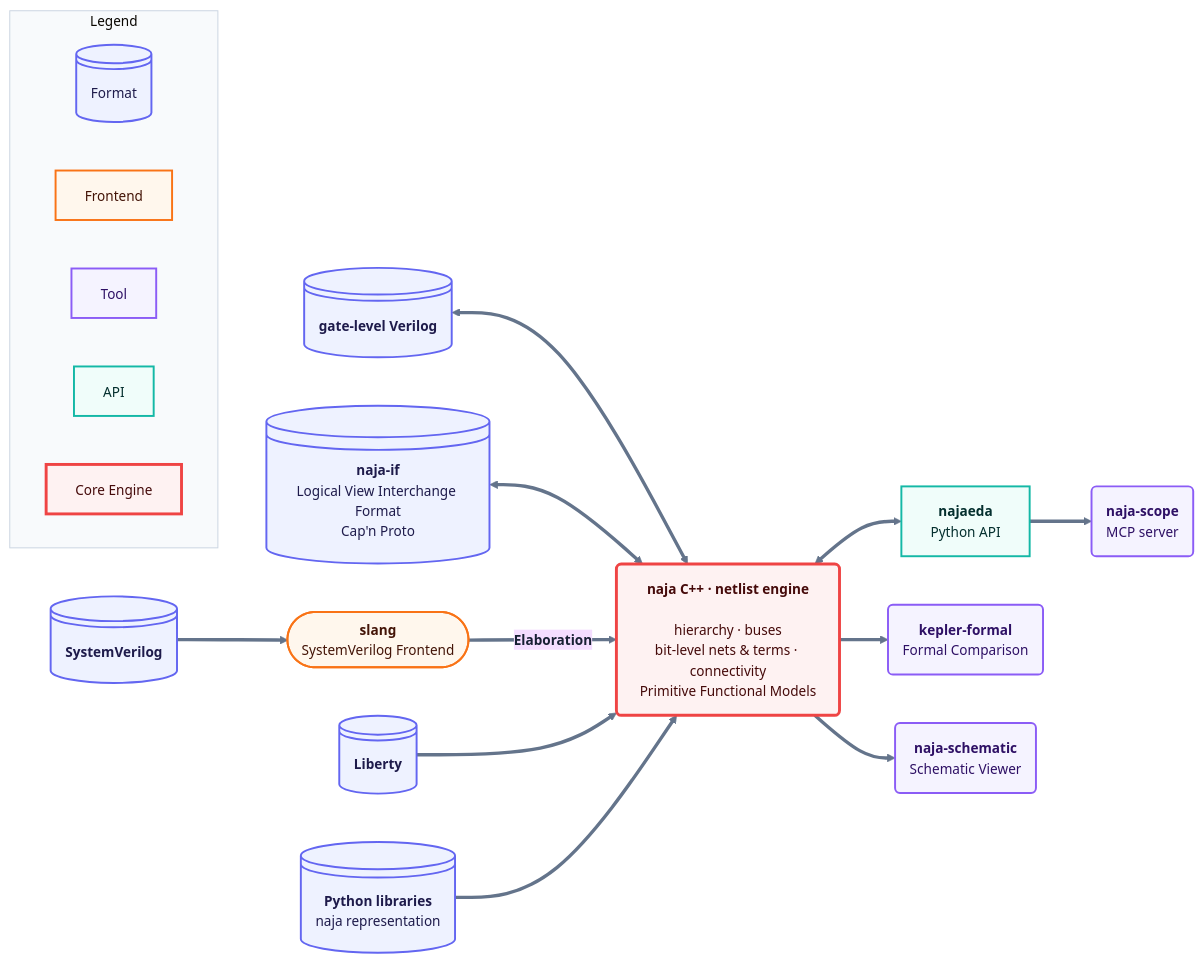
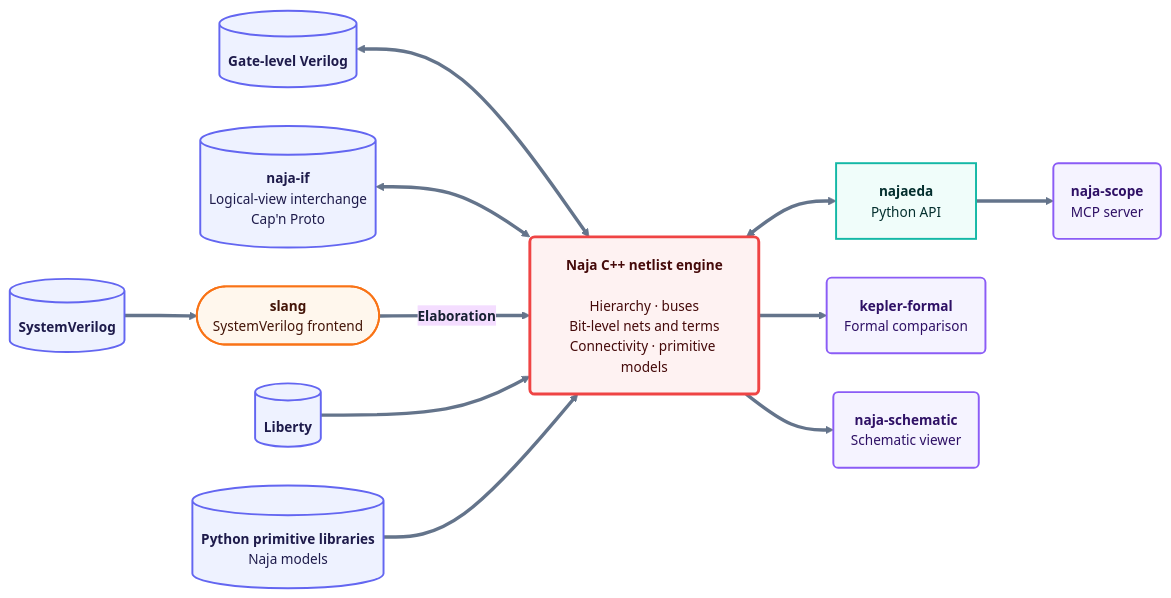
The diagram in README.md (najaeda/naja), drawn with Mermaid before and after one commit. The commit also changed other lines of this file, not shown here.

Commit message:
enhance diagram

````diff
--- a/README.md
+++ b/README.md
@@ -45,64 +49,53 @@
 ```mermaid
 ---
 config:
   layout: dagre
   theme: base
   themeVariables:
     fontFamily: ''
     fontSize: 14px
     primaryTextColor: '#172033'
     lineColor: '#64748b'
     clusterBkg: '#f8fafc'
     clusterBorder: '#cbd5e1'
+  flowchart:
+    htmlLabels: true
+    nodeSpacing: 40
+    rankSpacing: 70
+    padding: 18
 ---
 flowchart LR
-    sv["`**SystemVerilog**`"] ==> slang(["`**slang**<br>SystemVerilog Frontend`"])
-    verilog["`**gate-level Verilog**`"] <==> naja["`**naja C++ · netlist engine**<br><br>hierarchy · buses<br>bit-level nets &amp; terms · connectivity<br>Primitive Functional Models`"]
-    najaif@{ label: "**naja-if**<br>Logical View Interchange Format<br>Cap'n Proto" } <==> naja
-    slang =="`**Elaboration**`"==> naja
-    naja <==> najaeda["`**najaeda**<br>Python API`"]
-    naja ==> kf("`**kepler-formal**<br>Formal Comparison`") & ns("`**naja-schematic**<br>Schematic Viewer`")
-    najaeda ==> scope("`**naja-scope**<br>MCP server`")
-    lib["`**Liberty**`"] ==> naja
-    pythonlibs["`**Python libraries**<br>naja representation`"] ==> naja
+    sv[("<b>SystemVerilog</b>")] ==> slang(["<b>slang</b><br/>SystemVerilog frontend"])
+    verilog[("<b>Gate-level Verilog</b>")] <==> naja("<b>Naja C++ netlist engine</b><br/><br/>Hierarchy · buses<br/>Bit-level nets and terms<br/>Connectivity · primitive models")
+    najaif[("<b>naja-if</b><br/>Logical-view interchange<br/>Cap'n Proto")] <==> naja
+    slang =="<b>Elaboration</b>"==> naja
+    naja <==> najaeda["<b>najaeda</b><br/>Python API"]
+    naja ==> kf("<b>kepler-formal</b><br/>Formal comparison") & ns("<b>naja-schematic</b><br/>Schematic viewer")
+    najaeda ==> scope("<b>naja-scope</b><br/>MCP server")
+    lib[("<b>Liberty</b>")] ==> naja
+    pythonlibs[("<b>Python primitive libraries</b><br/>Naja models")] ==> naja
 
-    sv@{ shape: disk}
-    verilog@{ shape: disk}
-    naja@{ shape: rounded}
-    najaif@{ shape: disk}
-    lib@{ shape: disk}
-    pythonlibs@{ shape: disk}
-     sv:::input
-     slang:::frontend
-     verilog:::input
-     naja:::core
-     najaif:::input
-     najaeda:::api
-     kf:::tool
-     ns:::tool
-     scope:::tool
-     lib:::input
-     pythonlibs:::input
+    sv:::input
+    slang:::frontend
+    verilog:::input
+    naja:::core
+    najaif:::input
+    najaeda:::api
+    kf:::tool
+    ns:::tool
+    scope:::tool
+    lib:::input
+    pythonlibs:::input
     classDef input fill:#eef2ff,stroke:#6366f1,color:#1e1b4b,stroke-width:2px
     classDef frontend fill:#fff7ed,stroke:#f97316,color:#431407,stroke-width:2px
     classDef core fill:#fef2f2,stroke:#ef4444,color:#450a0a,stroke-width:3px
     classDef api fill:#f0fdfa,stroke:#14b8a6,color:#042f2e,stroke-width:2px
     classDef tool fill:#f5f3ff,stroke:#8b5cf6,color:#2e1065,stroke-width:2px
     click slang "https://github.com/MikePopoloski/slang"
     click naja "https://github.com/najaeda/naja"
     click najaif "https://github.com/najaeda/naja-if"
     click najaeda "https://pypi.org/project/najaeda/"
     click kf "https://github.com/keplertech/kepler-formal"
     click ns "https://github.com/najaeda/naja-schematic"
     click scope "https://github.com/najaeda/naja-scope"
-
-    subgraph Legend
-        direction LR
-        L1[Format]:::input
-        L1@{ shape: disk}
-        L2[Frontend]:::frontend
-        L3[Tool]:::tool
-        L4[API]:::api
-        L5[Core Engine]:::core
-    end
 ```
````
